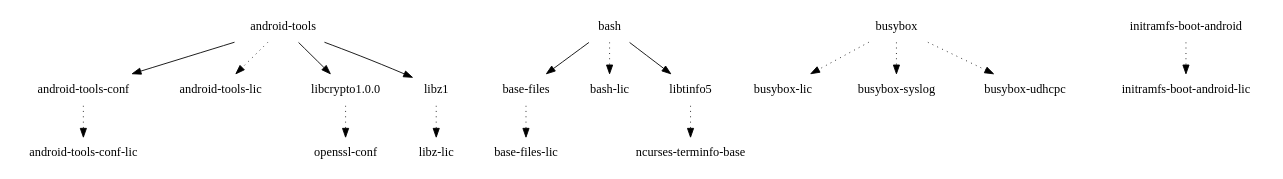
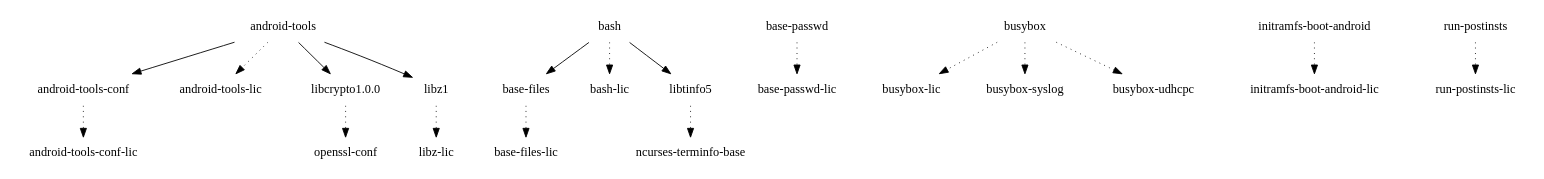
Before and after one commit to webOS-ports/buildhistory: the diagram in images/maguro/glibc/initramfs-android-image/depends-nokernel-nolibc-noupdate-nomodules.dot, drawn with Graphviz. The commit also changed 11 other files, not shown here.

```diff
--- a/images/maguro/glibc/initramfs-android-image/depends-nokernel-nolibc-noupdate-nomodules.dot
+++ b/images/maguro/glibc/initramfs-android-image/depends-nokernel-nolibc-noupdate-nomodules.dot
@@ -1,19 +1,21 @@
 digraph depends {
     node [shape=plaintext]
 "android-tools" -> "android-tools-conf";
 "android-tools" -> "android-tools-lic" [style=dotted];
+"android-tools-conf" -> "android-tools-conf-lic" [style=dotted];
 "android-tools" -> "libcrypto1.0.0";
 "android-tools" -> "libz1";
-"android-tools-conf" -> "android-tools-conf-lic" [style=dotted];
 "base-files" -> "base-files-lic" [style=dotted];
+"base-passwd" -> "base-passwd-lic" [style=dotted];
 "bash" -> "base-files";
 "bash" -> "bash-lic" [style=dotted];
 "bash" -> "libtinfo5";
 "busybox" -> "busybox-lic" [style=dotted];
 "busybox" -> "busybox-syslog" [style=dotted];
 "busybox" -> "busybox-udhcpc" [style=dotted];
 "initramfs-boot-android" -> "initramfs-boot-android-lic" [style=dotted];
 "libcrypto1.0.0" -> "openssl-conf" [style=dotted];
 "libtinfo5" -> "ncurses-terminfo-base" [style=dotted];
 "libz1" -> "libz-lic" [style=dotted];
+"run-postinsts" -> "run-postinsts-lic" [style=dotted];
 }
```
